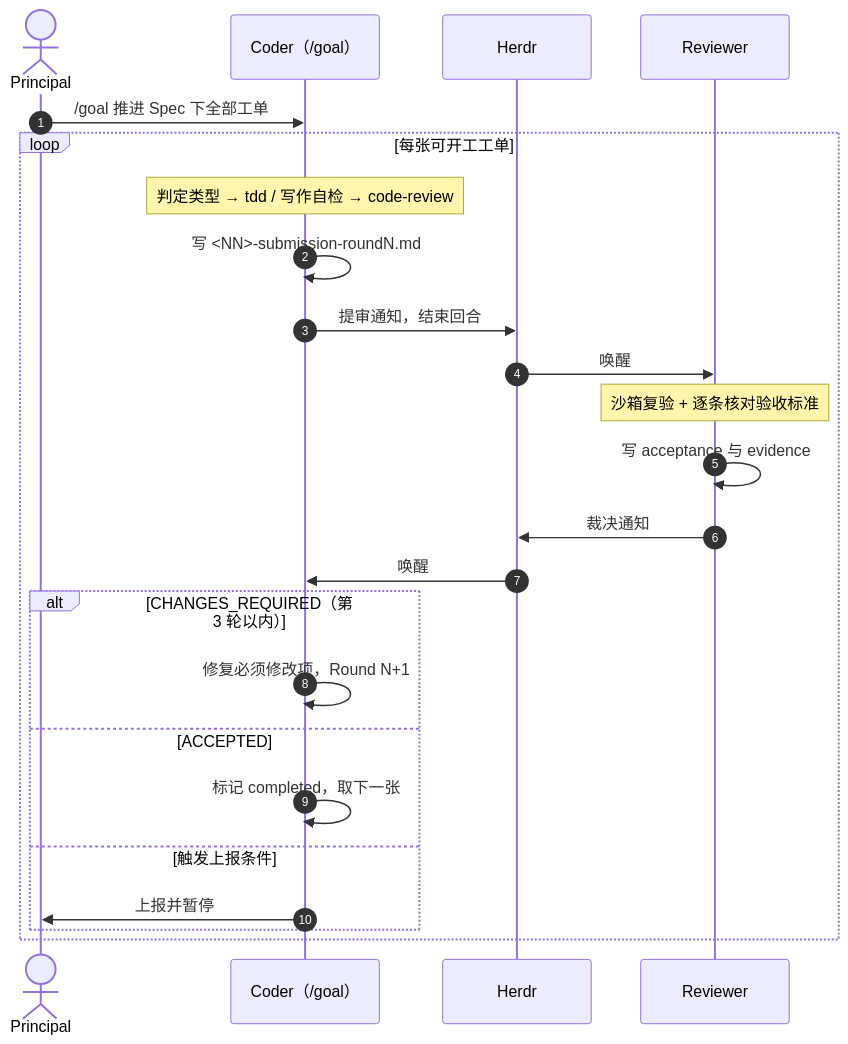
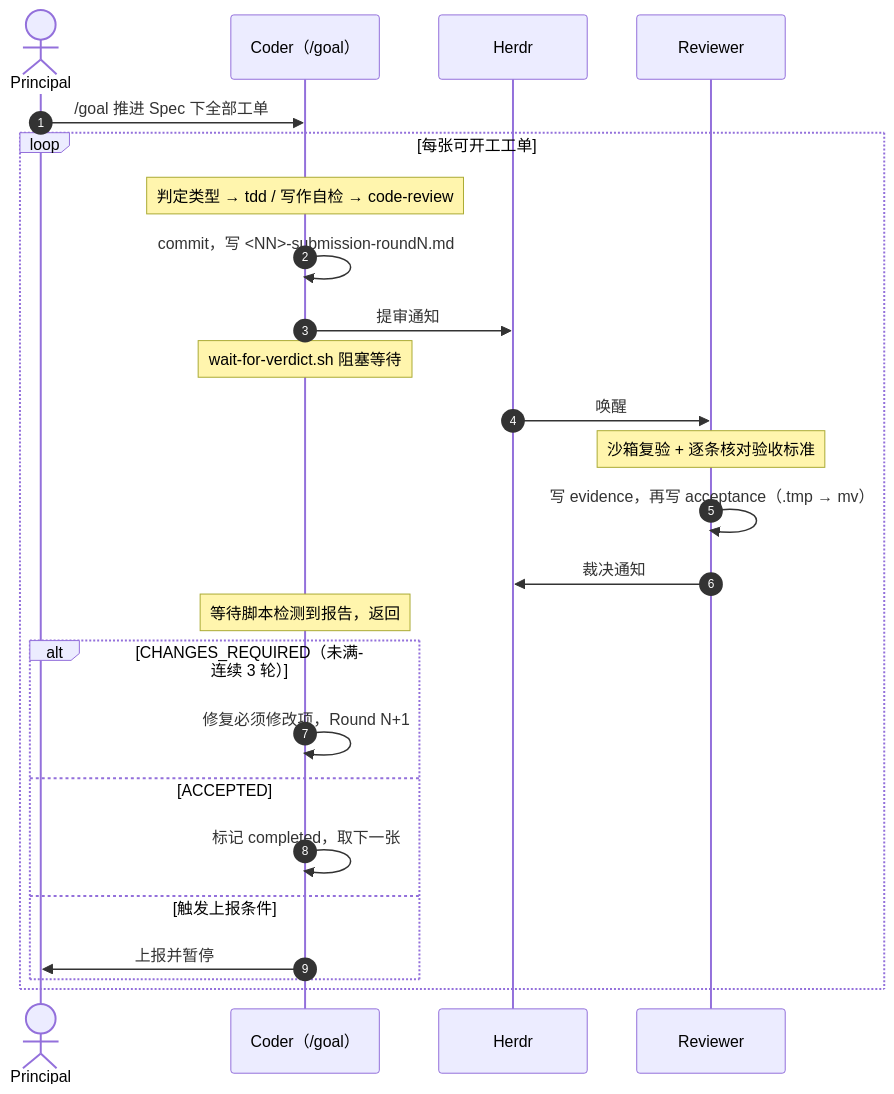
Before and after one commit to davisruby530/herdr-dual-agent-collaboration: the second of 2 diagrams in docs/agents/coder-reviewer-herdr-collaboration-guide.md, drawn with Mermaid. The commit also changed other lines of this file and 14 other files, not shown here.

````diff
--- a/docs/agents/coder-reviewer-herdr-collaboration-guide.md
+++ b/docs/agents/coder-reviewer-herdr-collaboration-guide.md
@@ -119,27 +133,28 @@
 ```mermaid
 sequenceDiagram
     autonumber
     actor P as Principal
     participant C as Coder（/goal）
     participant H as Herdr
     participant R as Reviewer
 
     P->>C: /goal 推进 Spec 下全部工单
     loop 每张可开工工单
         Note over C: 判定类型 → tdd / 写作自检 → code-review
-        C->>C: 写 <NN>-submission-roundN.md
-        C->>H: 提审通知，结束回合
+        C->>C: commit，写 <NN>-submission-roundN.md
+        C->>H: 提审通知
+        Note over C: wait-for-verdict.sh 阻塞等待
         H->>R: 唤醒
         Note over R: 沙箱复验 + 逐条核对验收标准
-        R->>R: 写 acceptance 与 evidence
+        R->>R: 写 evidence，再写 acceptance（.tmp → mv）
         R->>H: 裁决通知
-        H->>C: 唤醒
-        alt CHANGES_REQUIRED（第 3 轮以内）
+        Note over C: 等待脚本检测到报告，返回
+        alt CHANGES_REQUIRED（未满连续 3 轮）
             C->>C: 修复必须修改项，Round N+1
         else ACCEPTED
             C->>C: 标记 completed，取下一张
         else 触发上报条件
             C->>P: 上报并暂停
         end
     end
 ```
````
